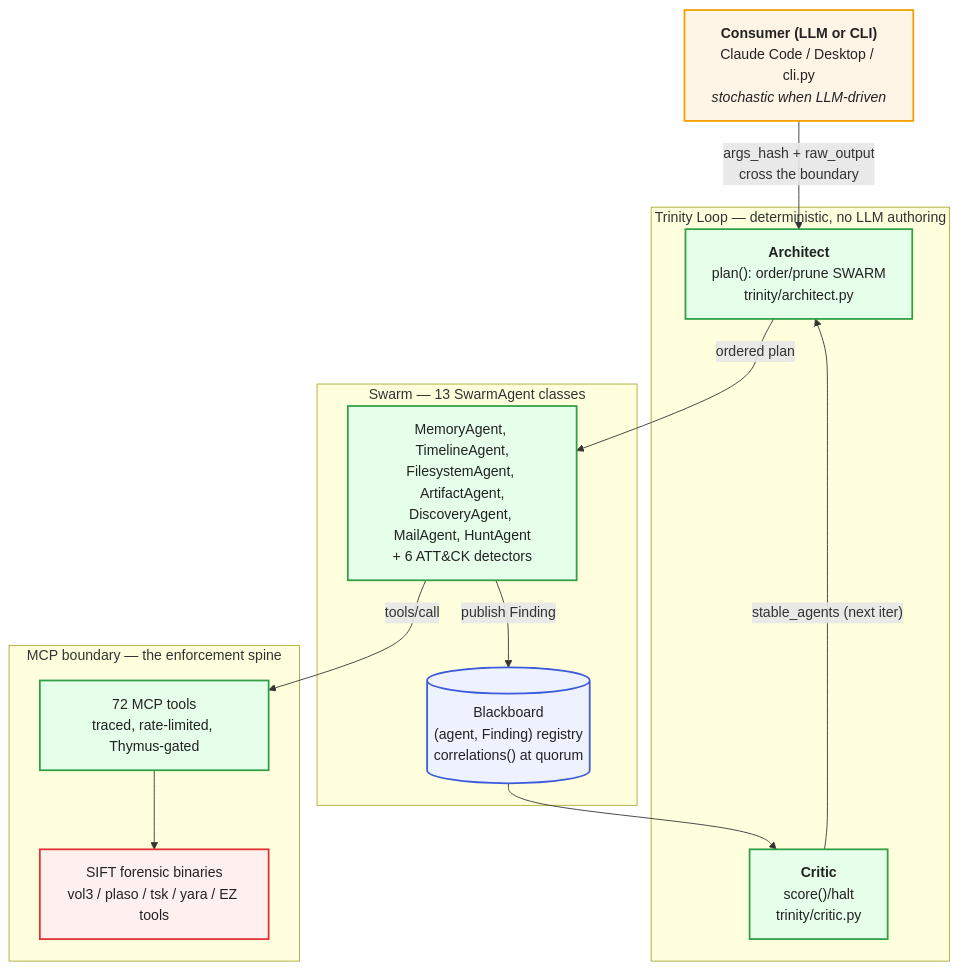
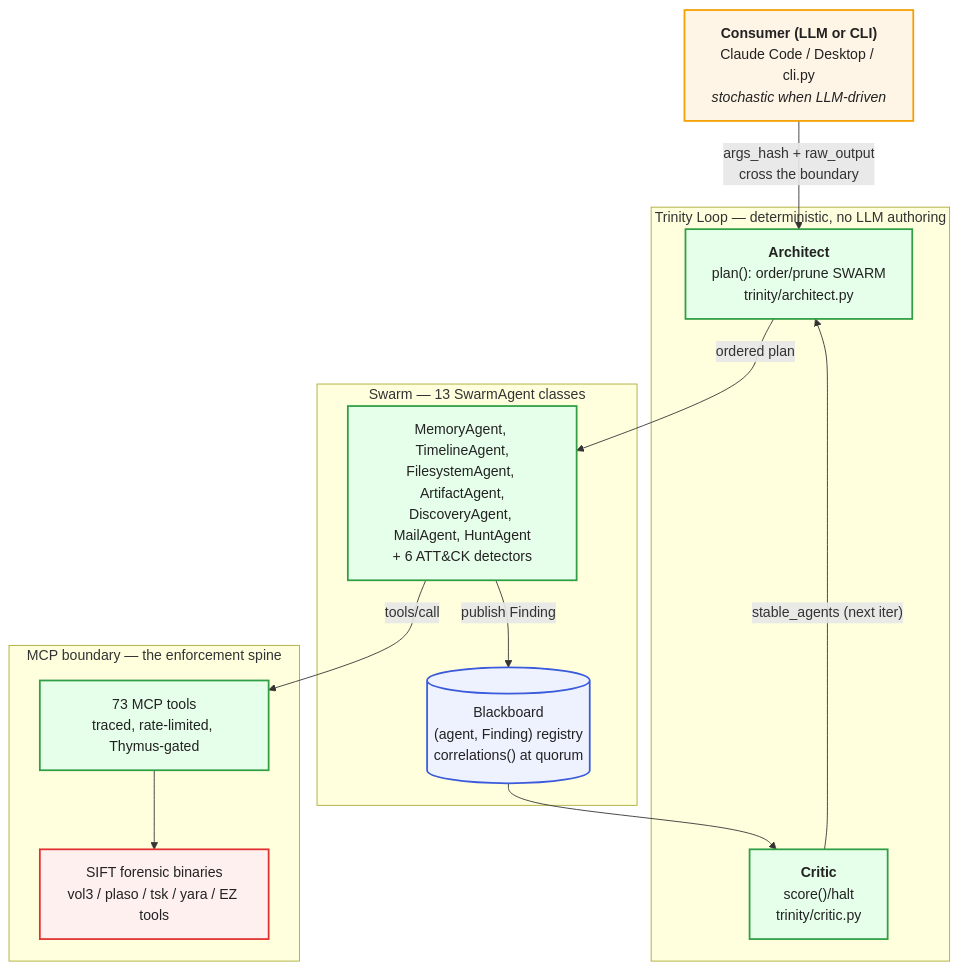
One commit to galvangabriel-web/agentropix-mcp changed the diagram in docs/10-agents/agentic-architecture.md. Above: the diagram before and after it, drawn with Mermaid. The commit also changed 80 other files, not shown here.

````diff
--- a/docs/10-agents/agentic-architecture.md
+++ b/docs/10-agents/agentic-architecture.md
@@ -44,32 +44,32 @@
 ```mermaid
 flowchart TB
     LLM["<b>Consumer (LLM or CLI)</b><br/>Claude Code / Desktop / cli.py<br/><i>stochastic when LLM-driven</i>"]:::stoch
 
     subgraph TR["Trinity Loop — deterministic, no LLM authoring"]
         ARCH["<b>Architect</b><br/>plan(): order/prune SWARM<br/>trinity/architect.py"]:::det
         CRIT["<b>Critic</b><br/>score()/halt<br/>trinity/critic.py"]:::det
     end
 
     subgraph SW["Swarm — 13 SwarmAgent classes"]
         AGENTS["MemoryAgent, TimelineAgent,<br/>FilesystemAgent, ArtifactAgent,<br/>DiscoveryAgent, MailAgent, HuntAgent<br/>+ 6 ATT&CK detectors"]:::det
         BB[("Blackboard<br/>(agent, Finding) registry<br/>correlations() at quorum")]:::anchor
     end
 
     subgraph MCP["MCP boundary — the enforcement spine"]
-        TOOLS["72 MCP tools<br/>traced, rate-limited, Thymus-gated"]:::det
+        TOOLS["73 MCP tools<br/>traced, rate-limited, Thymus-gated"]:::det
         BIN["SIFT forensic binaries<br/>vol3 / plaso / tsk / yara / EZ tools"]:::leak
     end
 
     LLM -- "args_hash + raw_output<br/>cross the boundary" --> ARCH
     ARCH -- "ordered plan" --> AGENTS
     AGENTS -- "publish Finding" --> BB
     AGENTS -- "tools/call" --> TOOLS
     TOOLS --> BIN
     BB --> CRIT
     CRIT -- "stable_agents (next iter)" --> ARCH
 
     classDef stoch fill:#fff5e6,stroke:#f59f00,stroke-width:2px,color:#222
     classDef det fill:#e6ffea,stroke:#2f9e44,stroke-width:2px,color:#222
     classDef leak fill:#fff0f0,stroke:#e03131,stroke-width:2px,color:#222
     classDef anchor fill:#eef2ff,stroke:#3b5bdb,stroke-width:2px,color:#222
 ```
````
